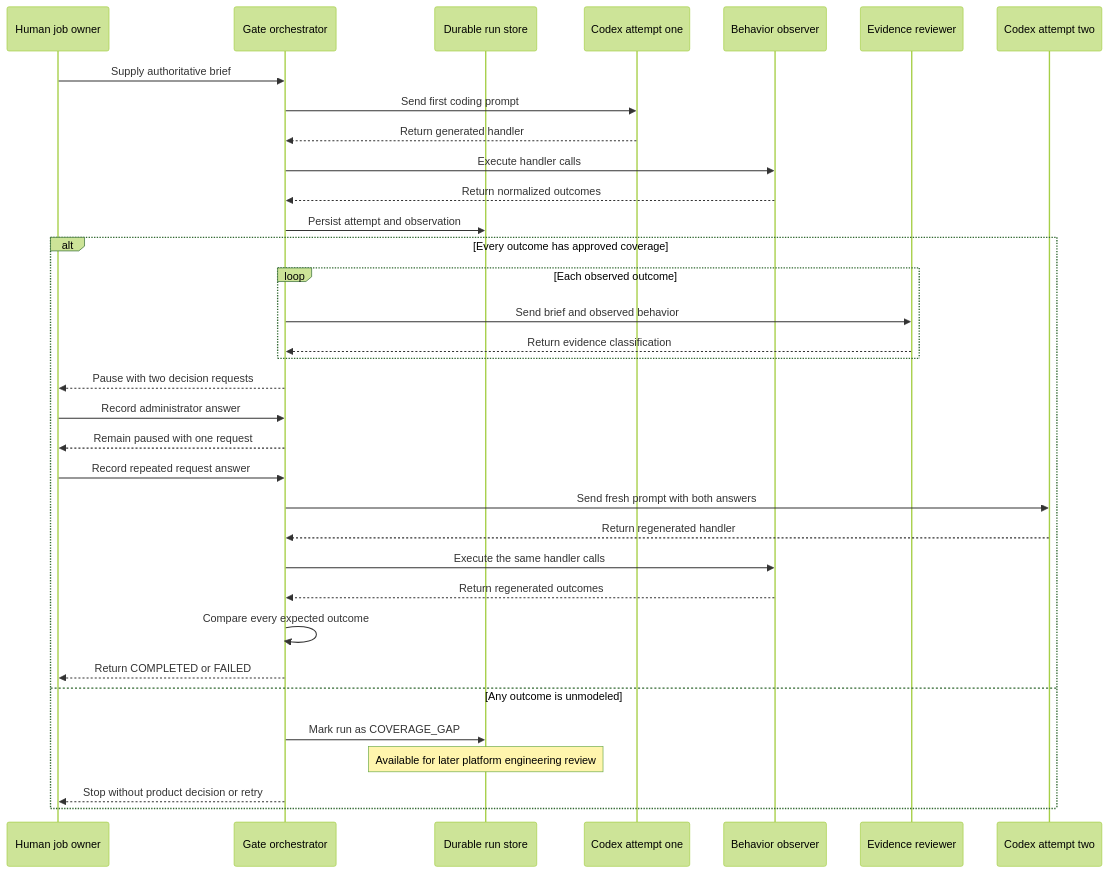
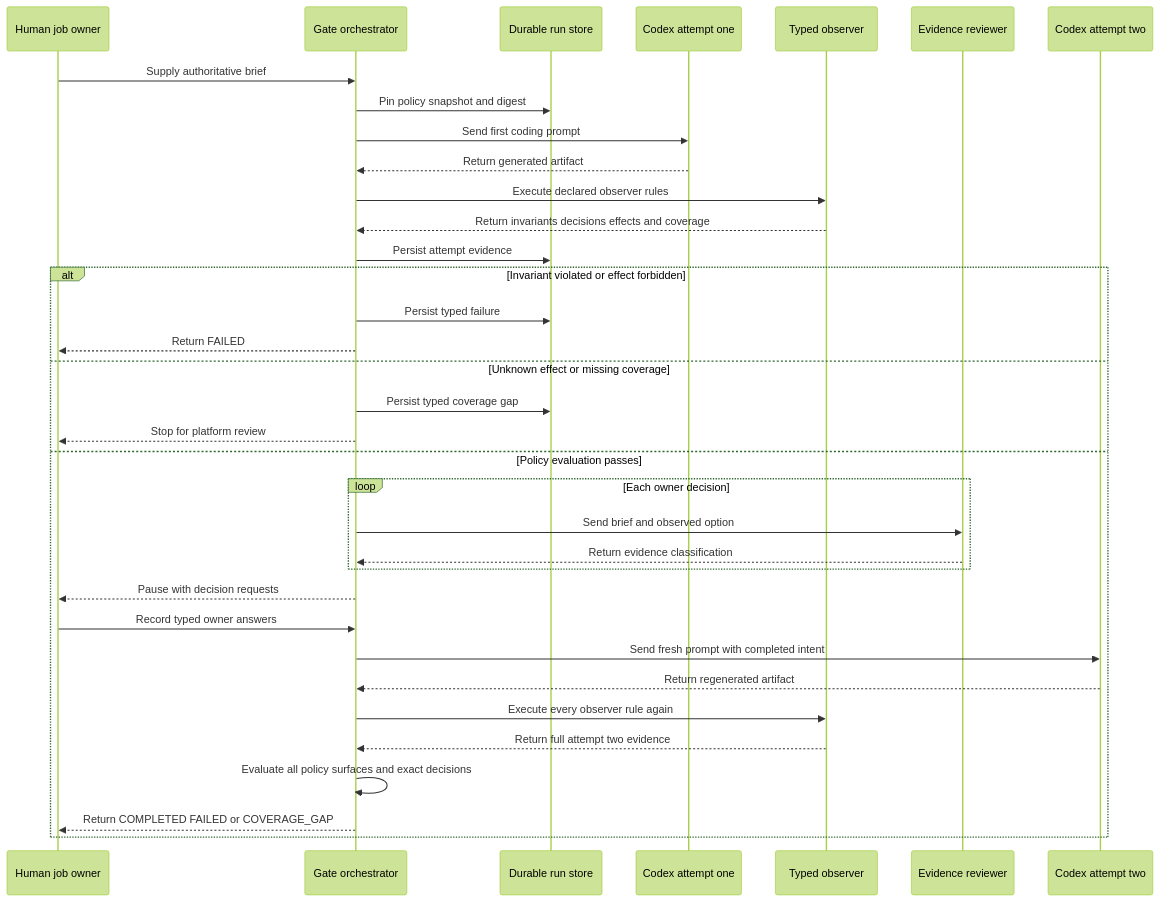
Before and after one commit to genesobolev/implicit-decision-gate: the diagram in notebooks/assets/diagrams/lifecycle.mmd, drawn with Mermaid (forest theme). The commit also changed 31 other files, not shown here.

Commit message:
Add typed evidence and coverage policy

```diff
--- a/notebooks/assets/diagrams/lifecycle.mmd
+++ b/notebooks/assets/diagrams/lifecycle.mmd
@@ -1,35 +1,36 @@
 sequenceDiagram
     participant O as Human job owner
     participant G as Gate orchestrator
     participant S as Durable run store
     participant C1 as Codex attempt one
-    participant P as Behavior observer
+    participant P as Typed observer
     participant R as Evidence reviewer
     participant C2 as Codex attempt two
 
     O->>G: Supply authoritative brief
+    G->>S: Pin policy snapshot and digest
     G->>C1: Send first coding prompt
-    C1-->>G: Return generated handler
-    G->>P: Execute handler calls
-    P-->>G: Return normalized outcomes
-    G->>S: Persist attempt and observation
-    alt Every outcome has approved coverage
-        loop Each observed outcome
-            G->>R: Send brief and observed behavior
+    C1-->>G: Return generated artifact
+    G->>P: Execute declared observer rules
+    P-->>G: Return invariants decisions effects and coverage
+    G->>S: Persist attempt evidence
+    alt Invariant violated or effect forbidden
+        G->>S: Persist typed failure
+        G-->>O: Return FAILED
+    else Unknown effect or missing coverage
+        G->>S: Persist typed coverage gap
+        G-->>O: Stop for platform review
+    else Policy evaluation passes
+        loop Each owner decision
+            G->>R: Send brief and observed option
             R-->>G: Return evidence classification
         end
-        G-->>O: Pause with two decision requests
-        O->>G: Record administrator answer
-        G-->>O: Remain paused with one request
-        O->>G: Record repeated request answer
-        G->>C2: Send fresh prompt with both answers
-        C2-->>G: Return regenerated handler
-        G->>P: Execute the same handler calls
-        P-->>G: Return regenerated outcomes
-        G->>G: Compare every expected outcome
-        G-->>O: Return COMPLETED or FAILED
-    else Any outcome is unmodeled
-        G->>S: Mark run as COVERAGE_GAP
-        Note over S: Available for later platform engineering review
-        G-->>O: Stop without product decision or retry
+        G-->>O: Pause with decision requests
+        O->>G: Record typed owner answers
+        G->>C2: Send fresh prompt with completed intent
+        C2-->>G: Return regenerated artifact
+        G->>P: Execute every observer rule again
+        P-->>G: Return full attempt two evidence
+        G->>G: Evaluate all policy surfaces and exact decisions
+        G-->>O: Return COMPLETED FAILED or COVERAGE_GAP
     end
```
